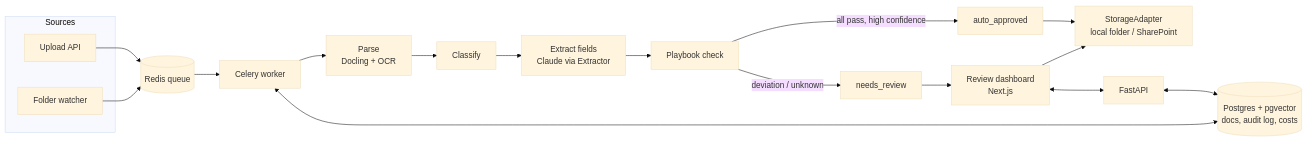
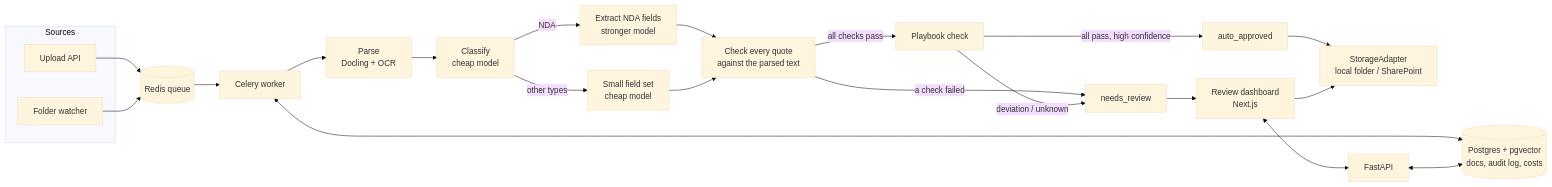
Before and after one commit to bhavishyabondalapati/lexintake: the first of 2 diagrams in README.md, drawn with Mermaid (base theme). The commit also changed other lines of this file, not shown here.

Commit message:
docs: Phase 3 in README (pipeline, checks, injection defence, cost control, how to run)

````diff
--- a/README.md
+++ b/README.md
@@ -23,22 +25,26 @@
 ```mermaid
 flowchart LR
     subgraph Sources
         U[Upload API]
         W[Folder watcher]
     end
     U --> Q[(Redis queue)]
     W --> Q
     Q --> K[Celery worker]
     K --> P[Parse<br/>Docling + OCR]
-    P --> C[Classify]
-    C --> E[Extract fields<br/>Claude via Extractor]
-    E --> PB[Playbook check]
+    P --> C[Classify<br/>cheap model]
+    C -->|NDA| E[Extract NDA fields<br/>stronger model]
+    C -->|other types| E2[Small field set<br/>cheap model]
+    E --> V[Check every quote<br/>against the parsed text]
+    E2 --> V
+    V -->|a check failed| R
+    V -->|all checks pass| PB[Playbook check]
     PB -->|all pass, high confidence| A[auto_approved]
     PB -->|deviation / unknown| R[needs_review]
     A --> S[StorageAdapter<br/>local folder / SharePoint]
     R --> UI[Review dashboard<br/>Next.js]
     UI --> S
     K <--> DB[(Postgres + pgvector<br/>docs, audit log, costs)]
     UI <--> API[FastAPI]
     API <--> DB
 ```
````
